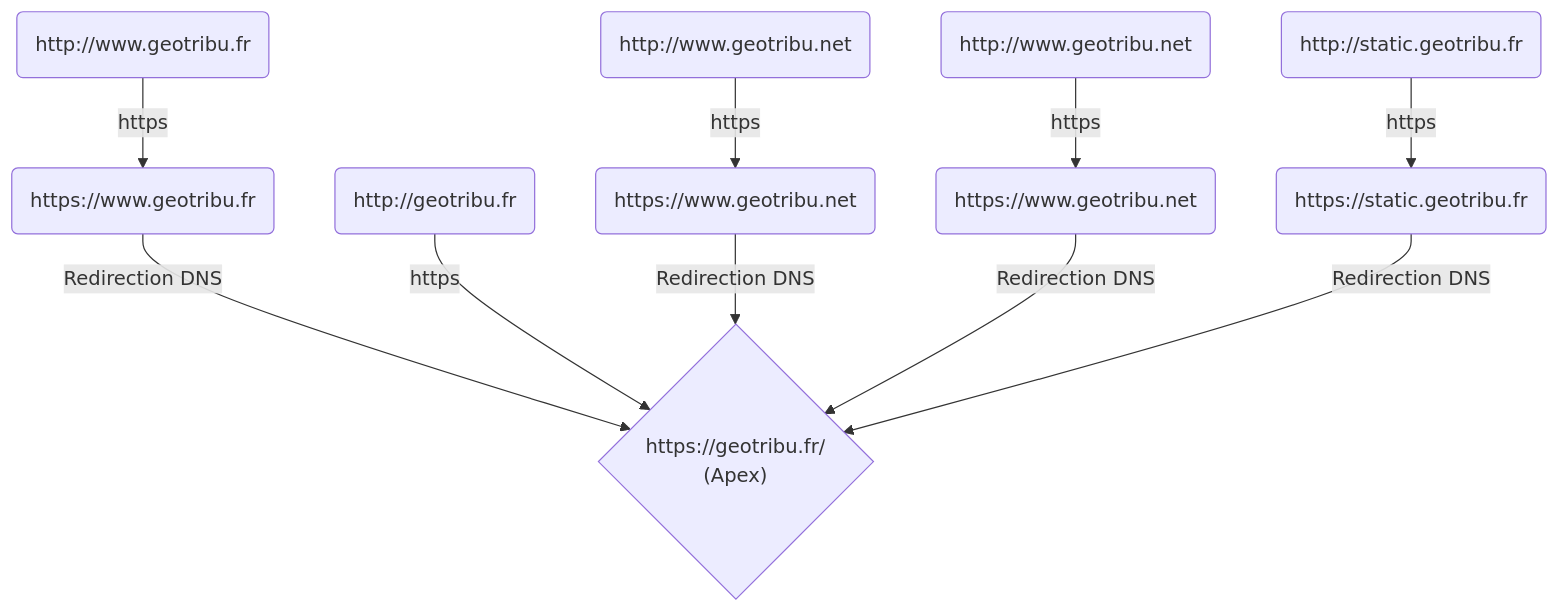
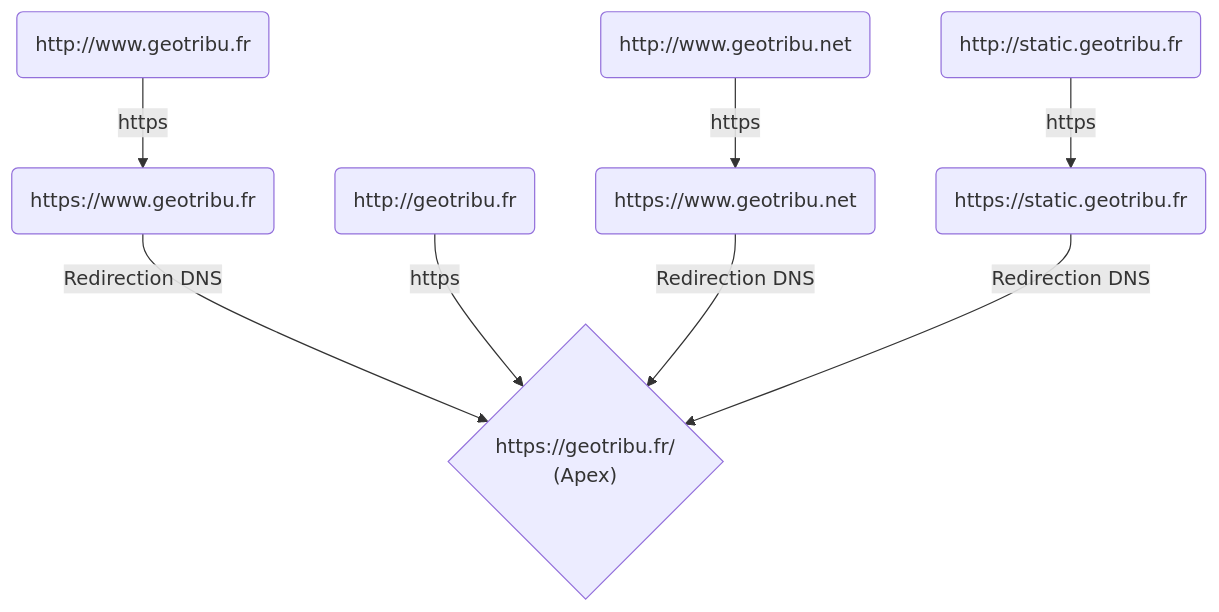
The diagram in content/articles/2023/2023-05-04_annonce-changement-url-site-geotribu.md (geotribu/website), drawn with Mermaid before and after one commit.

Commit message:
Corrige le doublon du schéma

````diff
--- a/content/articles/2023/2023-05-04_annonce-changement-url-site-geotribu.md
+++ b/content/articles/2023/2023-05-04_annonce-changement-url-site-geotribu.md
@@ -44,13 +44,11 @@
 ```mermaid
 flowchart TB
     A(http://www.geotribu.fr) -->|https| B
     B(https://www.geotribu.fr) -->|Redirection DNS| U
     C(http://geotribu.fr) -->|https| U
     D(http://www.geotribu.net) -->|https| E
     E(https://www.geotribu.net) -->|Redirection DNS| U
-    F(http://www.geotribu.net) -->|https| G
-    G(https://www.geotribu.net) -->|Redirection DNS| U
-    H(http://static.geotribu.fr) -->|https| I
-    I(https://static.geotribu.fr) -->|Redirection DNS| U
+    F(http://static.geotribu.fr) -->|https| G
+    G(https://static.geotribu.fr) -->|Redirection DNS| U
     U{"https://geotribu.fr/ <br /> (Apex)"}
 ```
````
